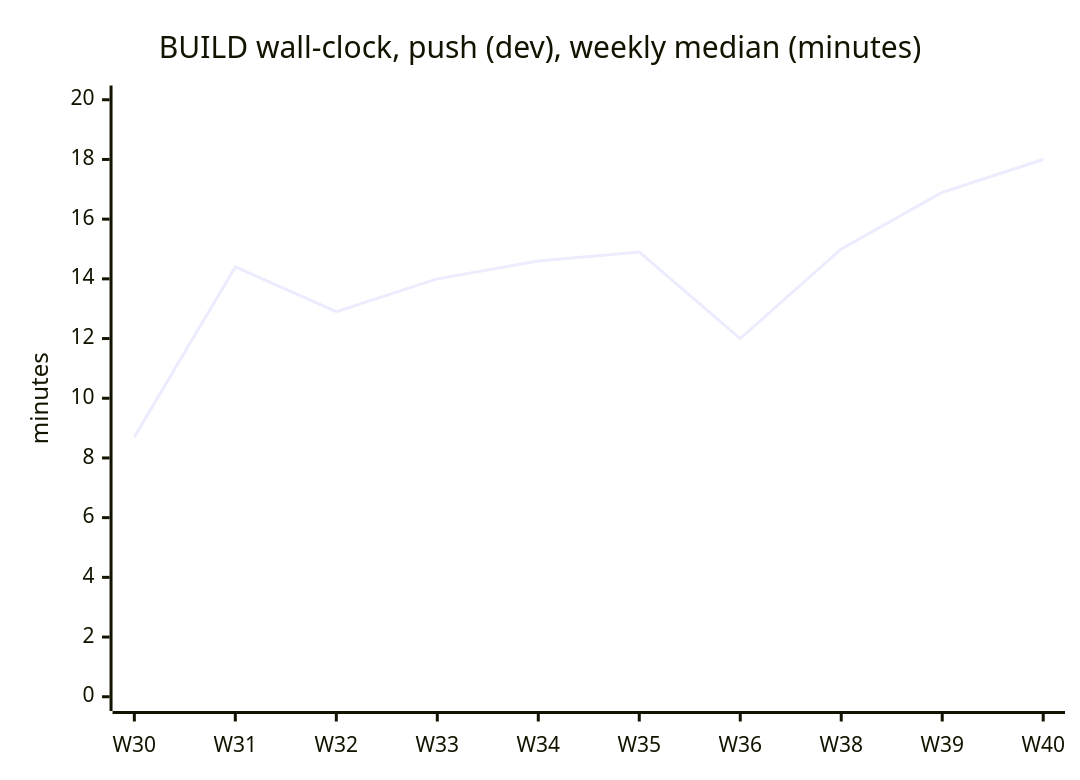
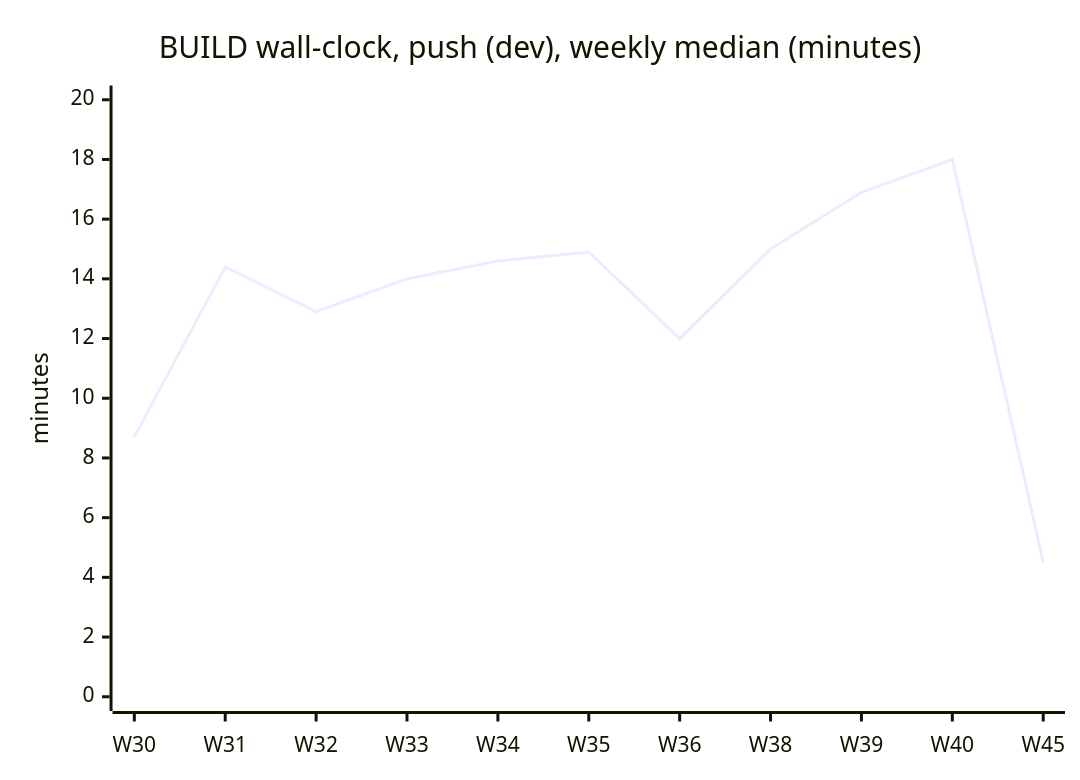
The first of 4 diagrams in .github/ci-metrics/data/CI_TIMINGS.md (MolarVerse/PQ), drawn with Mermaid before and after one commit. The commit also changed other lines of this file and 1 other file, not shown here.

````diff
--- a/.github/ci-metrics/data/CI_TIMINGS.md
+++ b/.github/ci-metrics/data/CI_TIMINGS.md
@@ -41,7 +39,7 @@
 ```mermaid
 xychart-beta
     title "BUILD wall-clock, push (dev), weekly median (minutes)"
-    x-axis ["W30", "W31", "W32", "W33", "W34", "W35", "W36", "W38", "W39", "W40"]
+    x-axis ["W30", "W31", "W32", "W33", "W34", "W35", "W36", "W38", "W39", "W40", "W45"]
     y-axis "minutes" 0 --> 20
-    line [8.7, 14.4, 12.9, 14, 14.6, 14.9, 12, 15, 16.9, 18]
+    line [8.7, 14.4, 12.9, 14, 14.6, 14.9, 12, 15, 16.9, 18, 4.5]
 ```
````
